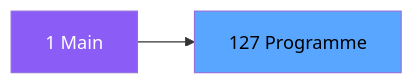
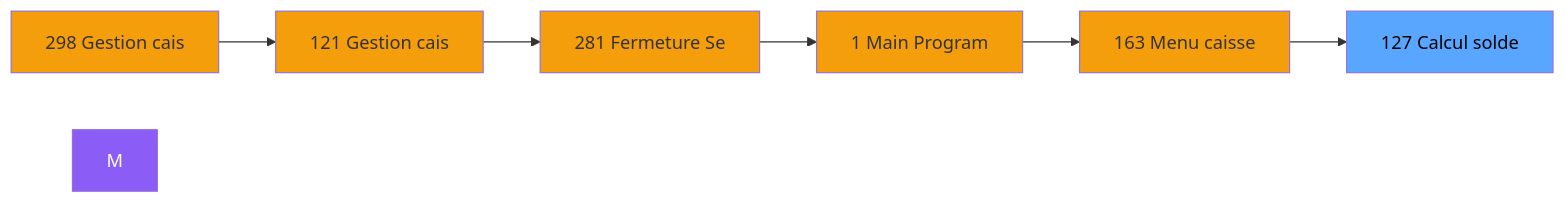
One commit to thonyAGP/magic-migration changed the second of 3 diagrams in .openspec/specs/ADH-IDE-127.md. Above: the diagram before and after it, drawn with Mermaid. The commit also changed other lines of this file and 323 other files, not shown here.

````diff
--- a/.openspec/specs/ADH-IDE-127.md
+++ b/.openspec/specs/ADH-IDE-127.md
@@ -101,8 +116,21 @@
 ```mermaid
 graph LR
-    M[1 Main]
-    T[127 Programme]
-    M --> T
+    N298[298 Gestion cais]
+    N121[121 Gestion cais]
+    N281[281 Fermeture Se]
+    N1[1 Main Program]
+    N163[163 Menu caisse ]
+    T[127 Calcul solde]
+    N298 --> N121
+    N121 --> N281
+    N281 --> N1
+    N1 --> N163
+    N163 --> T
     style M fill:#8b5cf6,color:#fff
+    style N298 fill:#f59e0b
+    style N121 fill:#f59e0b
+    style N281 fill:#f59e0b
+    style N1 fill:#f59e0b
+    style N163 fill:#f59e0b
     style T fill:#58a6ff,color:#000
 ```
````
